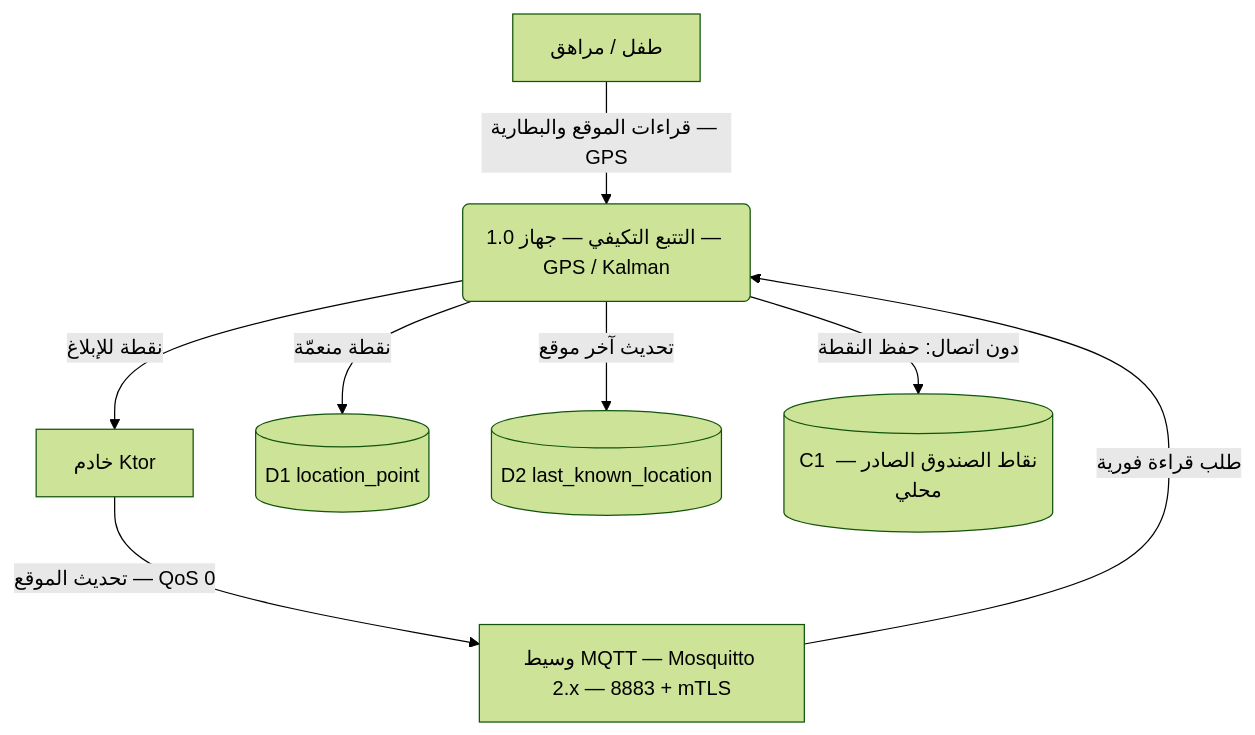
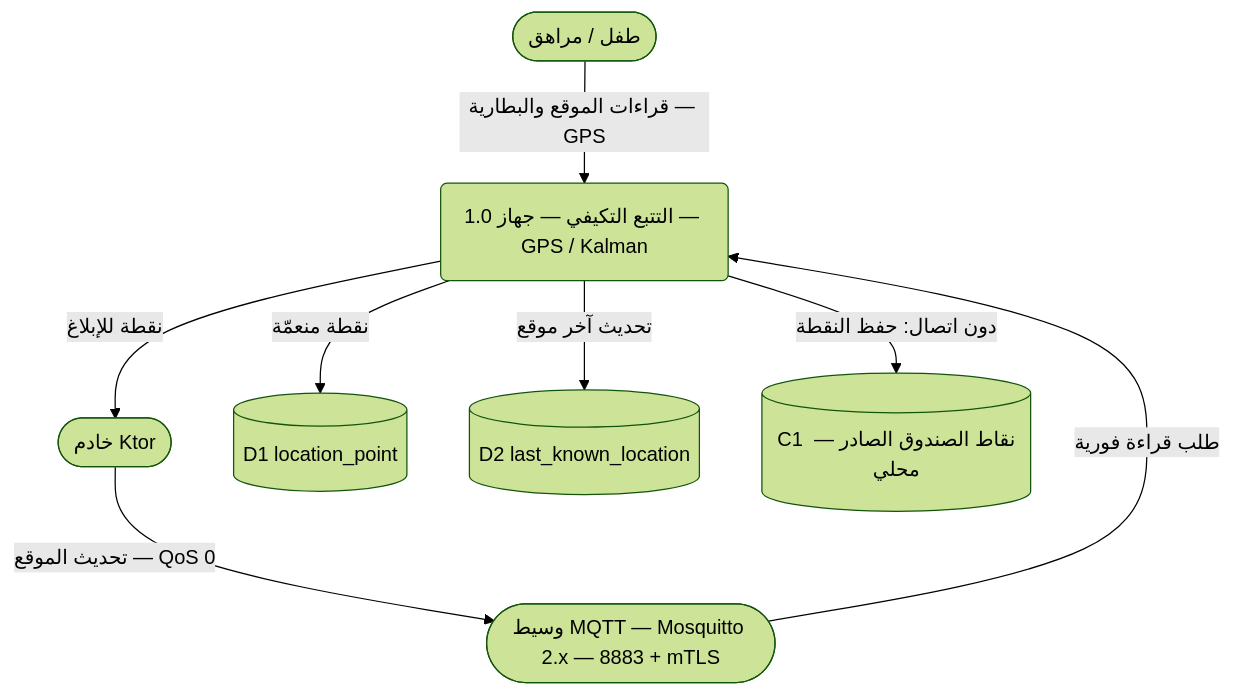
Before and after one commit to Bassam-mohammed-alqaeadi/family-os-v2: diagram 21 of 30 in docs/family-os/governance/phases/phase-1/S1-07-location-basic/DIAGRAMS.md, drawn with Mermaid (forest theme). The commit also changed other lines of this file, not shown here.

````diff
--- a/docs/family-os/governance/phases/phase-1/S1-07-location-basic/DIAGRAMS.md
+++ b/docs/family-os/governance/phases/phase-1/S1-07-location-basic/DIAGRAMS.md
@@ -764,18 +764,18 @@
 ```mermaid
 flowchart TD
-    Child[طفل / مراهق]
-    Ktor[خادم Ktor]
-    MQTT[وسيط MQTT — Mosquitto 2.x — 8883 + mTLS]
+    Child([طفل / مراهق])
+    Ktor([خادم Ktor])
+    MQTT([وسيط MQTT — Mosquitto 2.x — 8883 + mTLS])
     P1(1.0 التتبع التكيفي — جهاز — GPS / Kalman)
     D1[(D1 location_point)]
     D2[(D2 last_known_location)]
     C1[(C1 نقاط الصندوق الصادر — محلي)]
 
     Child -->|قراءات الموقع والبطارية — GPS| P1
     P1 -->|نقطة منعمّة| D1
     P1 -->|تحديث آخر موقع| D2
     P1 -->|نقطة للإبلاغ| Ktor
     Ktor -->|تحديث الموقع — QoS 0| MQTT
     P1 -->|دون اتصال: حفظ النقطة| C1
     MQTT -->|طلب قراءة فورية| P1
 ```
````
